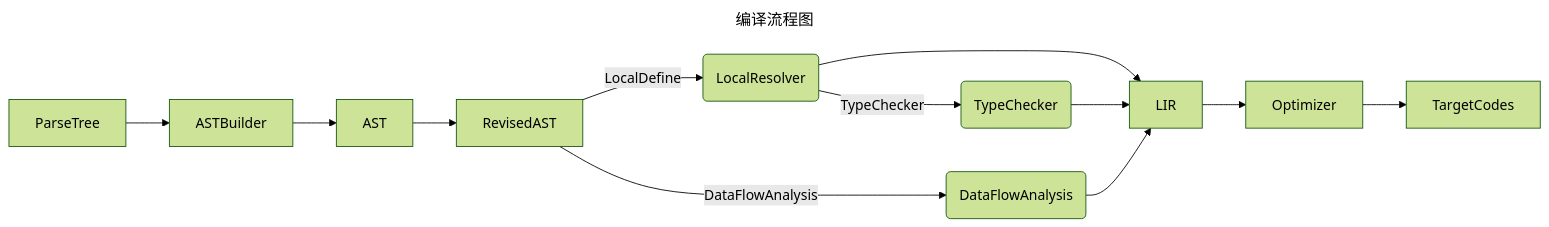
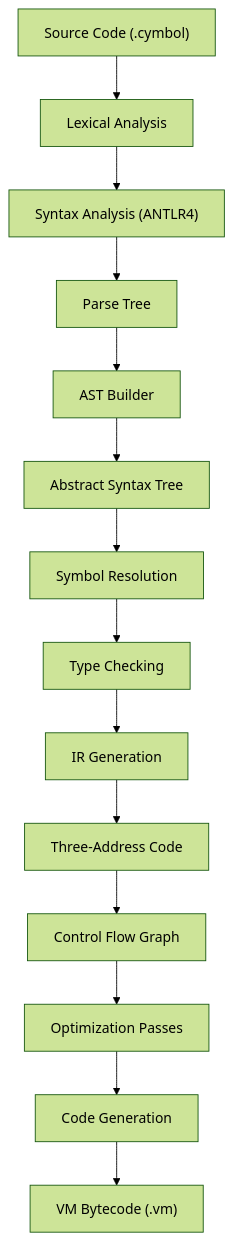
The first of 2 diagrams in ep20/README.md (whtoo/How_to_implment_PL_in_Antlr4), drawn with Mermaid (forest theme) before and after one commit. The commit also changed other lines of this file and 76 other files, not shown here.

````diff
--- a/ep20/README.md
+++ b/ep20/README.md
@@ -35,17 +66,16 @@
 ```mermaid
----
-title: 编译流程图
----
-graph LR
-    A[ParseTree] --> B[ASTBuilder]
-    B --> C[AST]
-    C --> D[RevisedAST]
-    D -->|LocalDefine| E(LocalResolver)
-    E -->|TypeChecker| F(TypeChecker)
-    D -->|DataFlowAnalysis| G(DataFlowAnalysis)
-    E --> H[TAC]
-    F --> H[LIR]
-    G --> H
-    H --> I[Optimizer]
-    I --> J[TargetCodes]
+graph TB
+    A["Source Code (.cymbol)"] --> B["Lexical Analysis"]
+    B --> C["Syntax Analysis (ANTLR4)"]
+    C --> D["Parse Tree"]
+    D --> E["AST Builder"]
+    E --> F["Abstract Syntax Tree"]
+    F --> G["Symbol Resolution"]
+    G --> H["Type Checking"]
+    H --> I["IR Generation"]
+    I --> J["Three-Address Code"]
+    J --> K["Control Flow Graph"]
+    K --> L["Optimization Passes"]
+    L --> M["Code Generation"]
+    M --> N["VM Bytecode (.vm)"]
 ```
````
